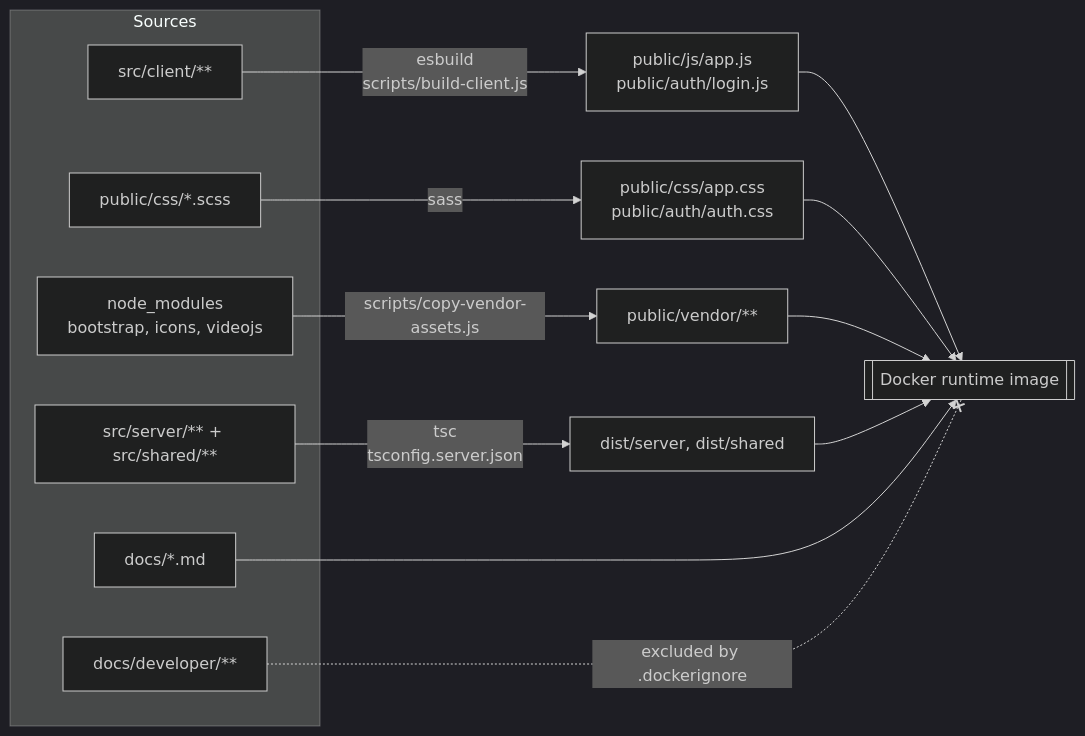
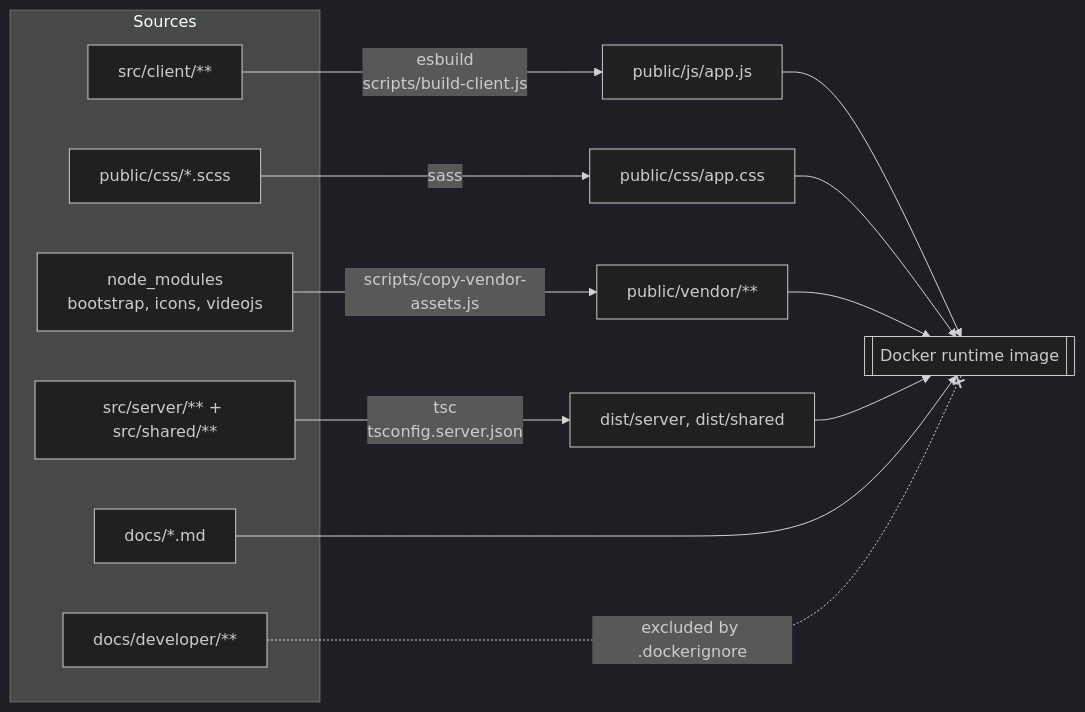
The third of 3 diagrams in docs/developer/architecture.md (lumbar-spine-support/docker-haptic-player), drawn with Mermaid (dark theme) before and after one commit. The commit also changed other lines of this file and 10 other files, not shown here.

````diff
--- a/docs/developer/architecture.md
+++ b/docs/developer/architecture.md
@@ -123,21 +125,21 @@
 ```mermaid
 flowchart LR
   subgraph sources["Sources"]
     SC["src/client/**"]
     SS["src/server/** + src/shared/**"]
     SCSS["public/css/*.scss"]
     NM["node_modules<br/>bootstrap, icons, videojs"]
     Docs["docs/*.md"]
     DevDocs["docs/developer/**"]
   end
 
-  SC -- "esbuild<br/>scripts/build-client.js" --> JS["public/js/app.js<br/>public/auth/login.js"]
+  SC -- "esbuild<br/>scripts/build-client.js" --> JS["public/js/app.js"]
   SS -- "tsc<br/>tsconfig.server.json" --> Dist["dist/server, dist/shared"]
-  SCSS -- sass --> CSS["public/css/app.css<br/>public/auth/auth.css"]
+  SCSS -- sass --> CSS["public/css/app.css"]
   NM -- "scripts/copy-vendor-assets.js" --> Vendor["public/vendor/**"]
 
   JS & CSS & Vendor --> Image[["Docker runtime image"]]
   Dist --> Image
   Docs --> Image
   DevDocs -. "excluded by .dockerignore" .-x Image
 ```
````
